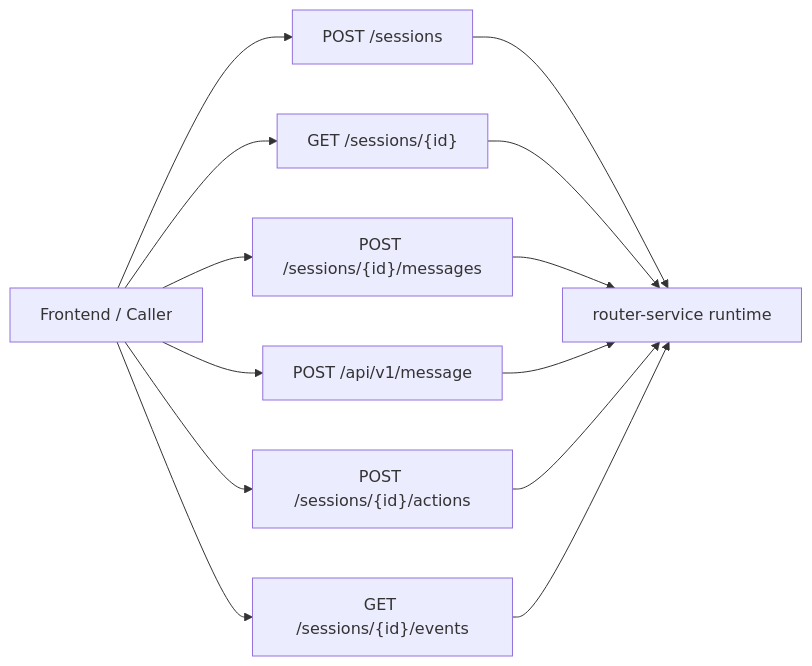
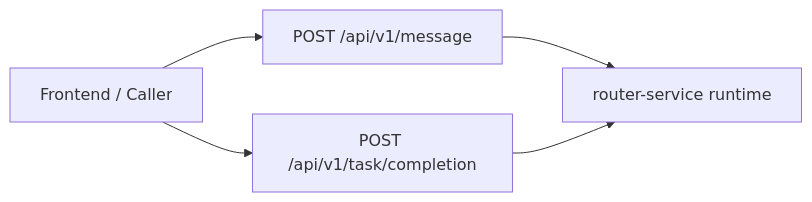
Before and after one commit to corelli359/intent-router: the first of 10 diagrams in docs/v3/router-service-功能说明文档.md, drawn with Mermaid. The commit also changed other lines of this file and 43 other files, not shown here.

Commit message:
feat: finalize router v1 assistant completion flow

````diff
--- a/docs/v3/router-service-功能说明文档.md
+++ b/docs/v3/router-service-功能说明文档.md
@@ -100,18 +57,10 @@
 ```mermaid
 flowchart LR
     caller["Frontend / Caller"]
-    create["POST /sessions"]
-    snapshot["GET /sessions/{id}"]
-    message["POST /sessions/{id}/messages"]
     stream["POST /api/v1/message"]
-    action["POST /sessions/{id}/actions"]
-    events["GET /sessions/{id}/events"]
+    completion["POST /api/v1/task/completion"]
     router["router-service runtime"]
 
-    caller --> create --> router
-    caller --> snapshot --> router
-    caller --> message --> router
     caller --> stream --> router
-    caller --> action --> router
-    caller --> events --> router
+    caller --> completion --> router
 ```
````
